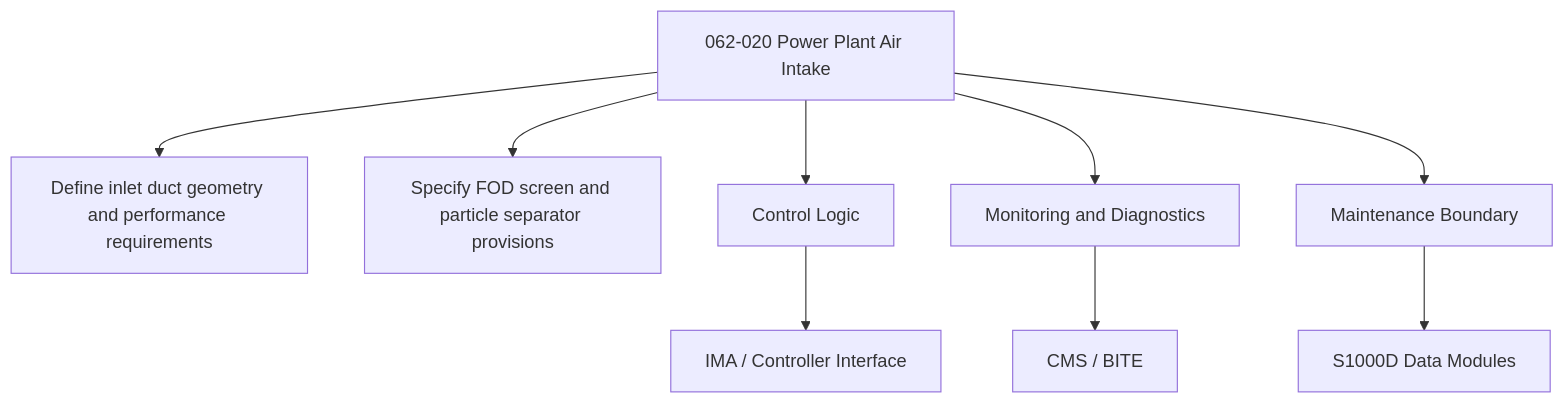
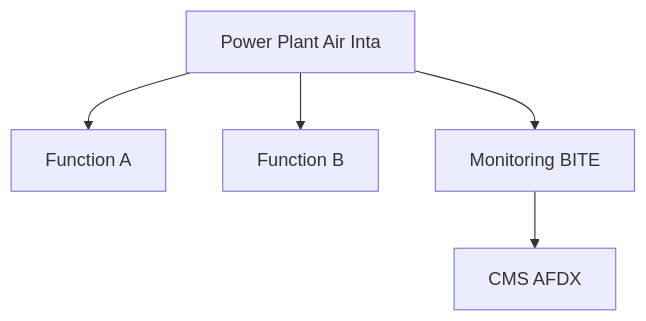
One commit to AmedeoPelliccia/Qplus-For-All-Queer-People-and-Quantum changed the second of 2 diagrams in Q+ATLANTIDE/000-099_ATLAS/060-069_Propulsion-Tradicional/062_Power-Plant/062-020-Power-Plant-Air-Intake.md. Above: the diagram before and after it, drawn with Mermaid. The commit also changed other lines of this file and 74 other files, not shown here.

````diff
--- a/Q+ATLANTIDE/000-099_ATLAS/060-069_Propulsion-Tradicional/062_Power-Plant/062-020-Power-Plant-Air-Intake.md
+++ b/Q+ATLANTIDE/000-099_ATLAS/060-069_Propulsion-Tradicional/062_Power-Plant/062-020-Power-Plant-Air-Intake.md
@@ -172,11 +96,7 @@
 ```mermaid
 flowchart TB
-    SYS[062-020 Power Plant Air Intake] --> F1[Define inlet duct geometry and performance requirements]
-    SYS --> F2[Specify FOD screen and particle separator provisions]
-    SYS --> CTRL[Control Logic]
-    SYS --> MON[Monitoring and Diagnostics]
-    SYS --> MAINT[Maintenance Boundary]
-    CTRL --> IMA[IMA / Controller Interface]
-    MON --> CMS[CMS / BITE]
-    MAINT --> CSDB[S1000D Data Modules]
+    SYS[Power Plant Air Inta] --> F1[Function A]
+    SYS --> F2[Function B]
+    SYS --> MON[Monitoring BITE]
+    MON --> CMS[CMS AFDX]
 ```
````
